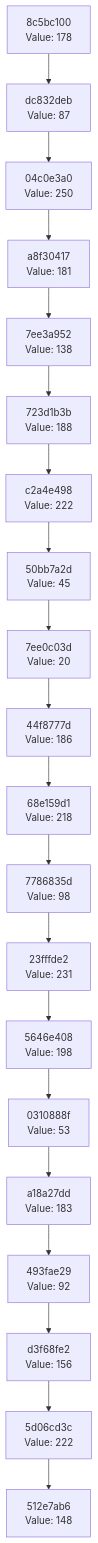
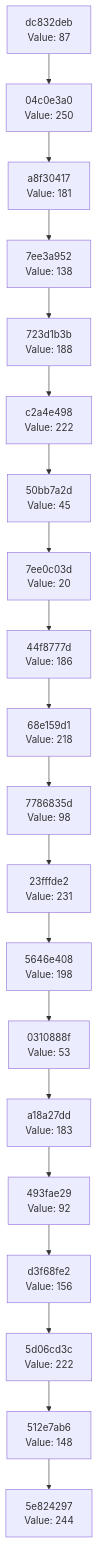
The diagram in docs/CHAIN_VISUALIZATION.md (Abhisheksinha1506/hash-chain-evolver), drawn with Mermaid before and after one commit. The commit also changed 2 other files, not shown here.

Commit message:
Evolution step: hash 0xF4 → action executed

````diff
--- a/docs/CHAIN_VISUALIZATION.md
+++ b/docs/CHAIN_VISUALIZATION.md
@@ -3,42 +3,42 @@
 ```mermaid
 graph TD
-    C0["512e7ab6<br/>Value: 148"]
-    C1["5d06cd3c<br/>Value: 222"]
+    C0["5e824297<br/>Value: 244"]
+    C1["512e7ab6<br/>Value: 148"]
     C1 --> C0
-    C2["d3f68fe2<br/>Value: 156"]
+    C2["5d06cd3c<br/>Value: 222"]
     C2 --> C1
-    C3["493fae29<br/>Value: 92"]
+    C3["d3f68fe2<br/>Value: 156"]
     C3 --> C2
-    C4["a18a27dd<br/>Value: 183"]
+    C4["493fae29<br/>Value: 92"]
     C4 --> C3
-    C5["0310888f<br/>Value: 53"]
+    C5["a18a27dd<br/>Value: 183"]
     C5 --> C4
-    C6["5646e408<br/>Value: 198"]
+    C6["0310888f<br/>Value: 53"]
     C6 --> C5
-    C7["23fffde2<br/>Value: 231"]
+    C7["5646e408<br/>Value: 198"]
     C7 --> C6
-    C8["7786835d<br/>Value: 98"]
+    C8["23fffde2<br/>Value: 231"]
     C8 --> C7
-    C9["68e159d1<br/>Value: 218"]
+    C9["7786835d<br/>Value: 98"]
     C9 --> C8
-    C10["44f8777d<br/>Value: 186"]
+    C10["68e159d1<br/>Value: 218"]
     C10 --> C9
-    C11["7ee0c03d<br/>Value: 20"]
+    C11["44f8777d<br/>Value: 186"]
     C11 --> C10
-    C12["50bb7a2d<br/>Value: 45"]
+    C12["7ee0c03d<br/>Value: 20"]
     C12 --> C11
-    C13["c2a4e498<br/>Value: 222"]
+    C13["50bb7a2d<br/>Value: 45"]
     C13 --> C12
-    C14["723d1b3b<br/>Value: 188"]
+    C14["c2a4e498<br/>Value: 222"]
     C14 --> C13
-    C15["7ee3a952<br/>Value: 138"]
+    C15["723d1b3b<br/>Value: 188"]
     C15 --> C14
-    C16["a8f30417<br/>Value: 181"]
+    C16["7ee3a952<br/>Value: 138"]
     C16 --> C15
-    C17["04c0e3a0<br/>Value: 250"]
+    C17["a8f30417<br/>Value: 181"]
     C17 --> C16
-    C18["dc832deb<br/>Value: 87"]
+    C18["04c0e3a0<br/>Value: 250"]
     C18 --> C17
-    C19["8c5bc100<br/>Value: 178"]
+    C19["dc832deb<br/>Value: 87"]
     C19 --> C18
 ```
````
